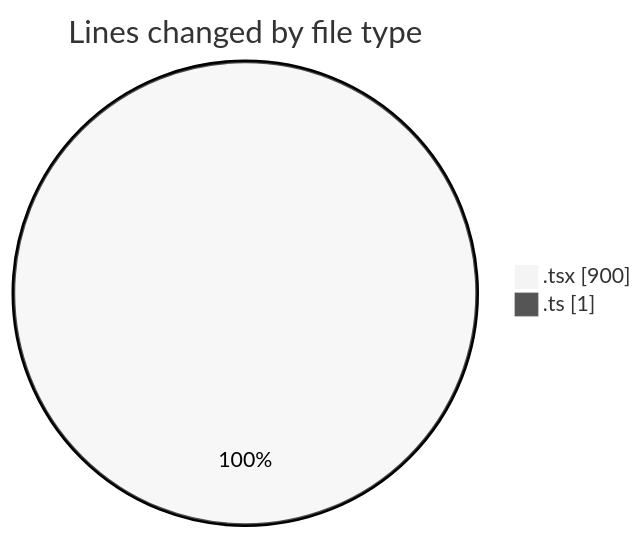
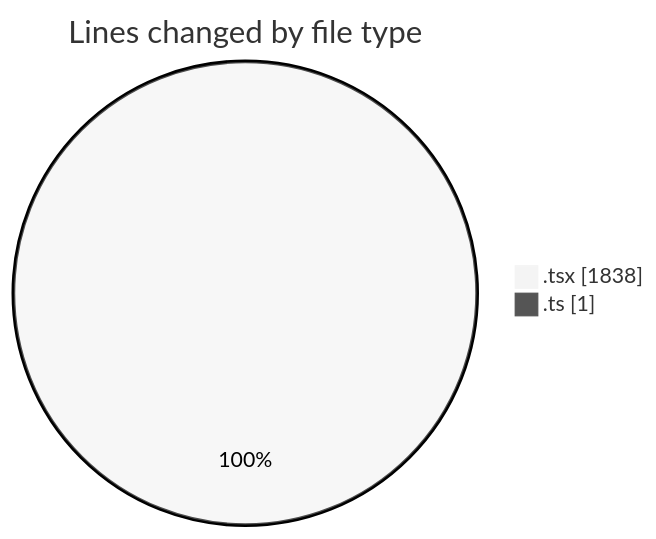
The first of 2 diagrams in 2025-03-08/mbc-web/README.md (robertbonfada/code-tracking), drawn with Mermaid (neutral theme) before and after one commit. The commit also changed other lines of this file and 1 other file, not shown here.

````diff
--- a/2025-03-08/mbc-web/README.md
+++ b/2025-03-08/mbc-web/README.md
@@ -26,6 +28,6 @@
 ```mermaid
 pie showData
 title Lines changed by file type
-".tsx" : 900
+".tsx" : 1838
 ".ts" : 1
 ```
````
